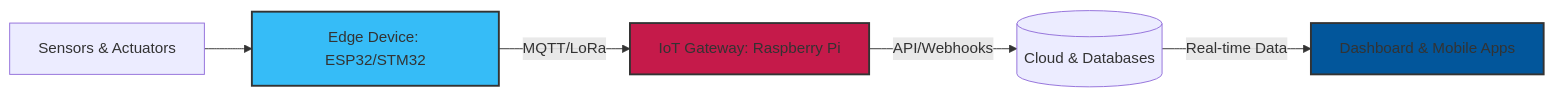
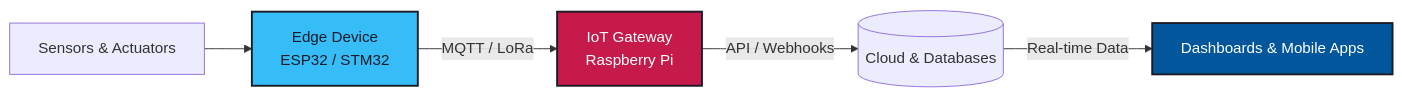
Before and after one commit to tems2548/tems2548: the diagram in README.md, drawn with Mermaid. The commit also changed other lines of this file and 1 other file, not shown here.

````diff
--- a/README.md
+++ b/README.md
@@ -28,10 +66,10 @@
 ```mermaid
 graph LR
-  A[Sensors & Actuators] --> B[Edge Device: ESP32/STM32]
-  B -- MQTT/LoRa --> C[IoT Gateway: Raspberry Pi]
-  C -- API/Webhooks --> D[(Cloud & Databases)]
-  D -- Real-time Data --> E[Dashboard & Mobile Apps]
-  style B fill:#36BCF7,stroke:#333,stroke-width:2px
-  style C fill:#C51A4A,stroke:#333,stroke-width:2px
-  style E fill:#02569B,stroke:#333,stroke-width:2px
+  A[Sensors & Actuators] --> B[Edge Device<br/>ESP32 / STM32]
+  B -- MQTT / LoRa --> C[IoT Gateway<br/>Raspberry Pi]
+  C -- API / Webhooks --> D[(Cloud & Databases)]
+  D -- Real-time Data --> E[Dashboards & Mobile Apps]
+  style B fill:#36BCF7,stroke:#1a1b27,stroke-width:2px,color:#1a1b27
+  style C fill:#C51A4A,stroke:#1a1b27,stroke-width:2px,color:#fff
+  style E fill:#02569B,stroke:#1a1b27,stroke-width:2px,color:#fff
 ```
````
